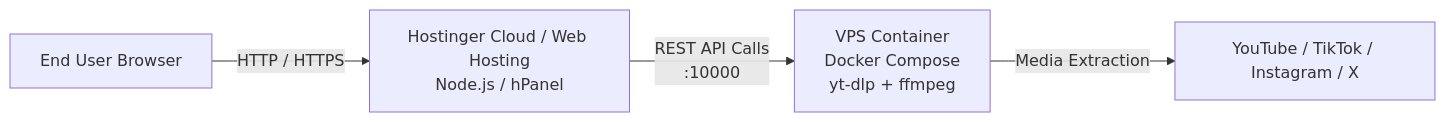
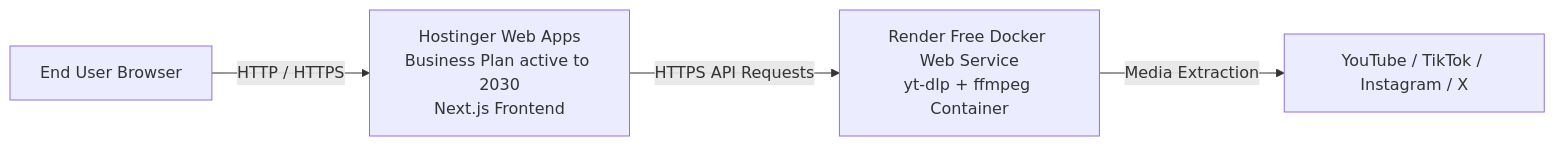
Before and after one commit to Asif259/Downloader: the diagram in docs/HOSTINGER_DEPLOYMENT.md, drawn with Mermaid. The commit also changed other lines of this file and 5 other files, not shown here.

Commit message:
docs(hostinger): tailor deployment guide for Hostinger Web Apps + free Render Docker backend

````diff
--- a/docs/HOSTINGER_DEPLOYMENT.md
+++ b/docs/HOSTINGER_DEPLOYMENT.md
@@ -12,6 +12,6 @@
 ```mermaid
 flowchart LR
-    User[End User Browser] -->|HTTP / HTTPS| Frontend[Hostinger Cloud / Web Hosting<br/>Node.js / hPanel]
-    Frontend -->|REST API Calls<br/>:10000| Backend[VPS Container<br/>Docker Compose<br/>yt-dlp + ffmpeg]
+    User[End User Browser] -->|HTTP / HTTPS| Frontend[Hostinger Web Apps<br/>Business Plan active to 2030<br/>Next.js Frontend]
+    Frontend -->|HTTPS API Requests| Backend[Render Free Docker Web Service<br/>yt-dlp + ffmpeg Container]
     Backend -->|Media Extraction| Platforms[YouTube / TikTok / Instagram / X]
 ```
````
